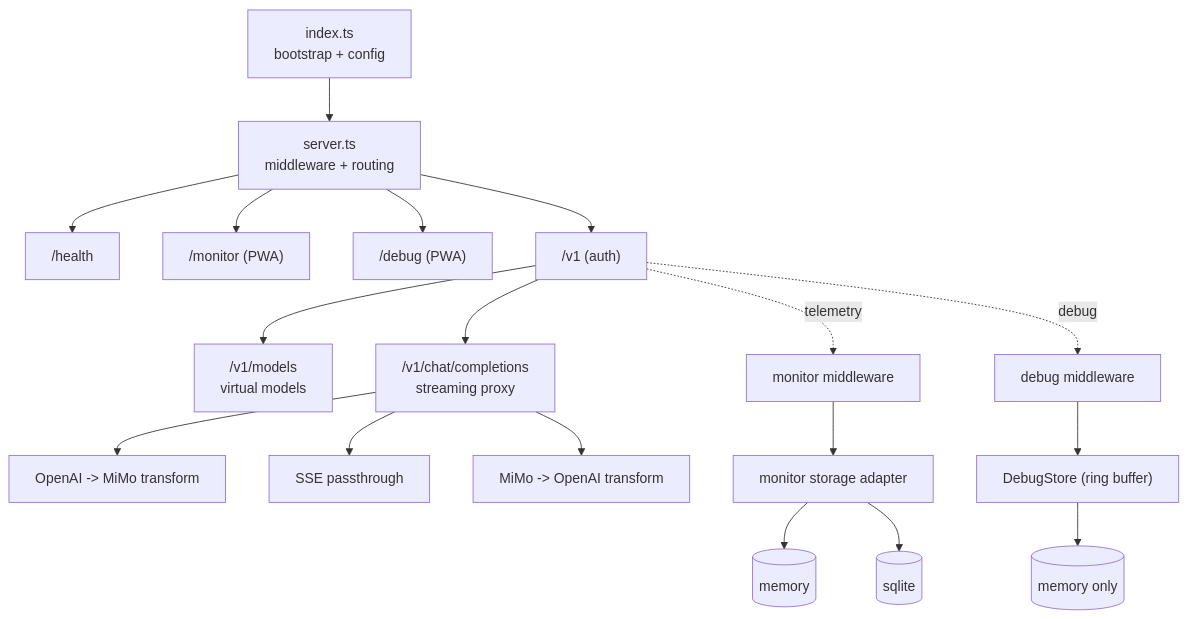
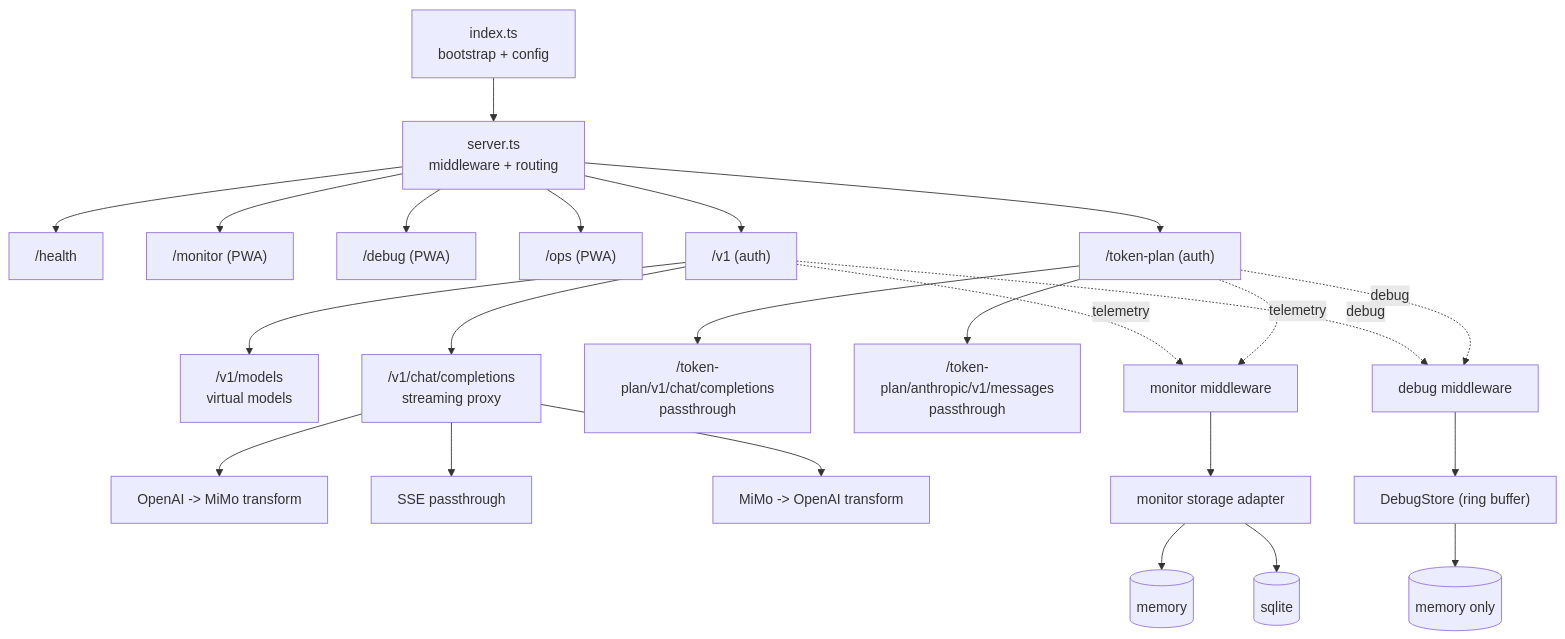
Before and after one commit to human07d0/Chimera: the diagram in ARCHITECTURE.md, drawn with Mermaid. The commit also changed other lines of this file and 10 other files, not shown here.

First line of the commit message:
refactor: integrate token-plan proxy into main app router

````diff
--- a/ARCHITECTURE.md
+++ b/ARCHITECTURE.md
@@ -16,25 +16,32 @@
 ```mermaid
 flowchart TD
     IDX["index.ts<br/>bootstrap + config"] --> SRV["server.ts<br/>middleware + routing"]
 
     SRV --> HEALTH["/health"]
     SRV --> MON["/monitor (PWA)"]
     SRV --> DBG["/debug (PWA)"]
+    SRV --> OPS["/ops (PWA)"]
     SRV --> API["/v1 (auth)"]
+    SRV --> TP["/token-plan (auth)"]
 
     API --> MODELS["/v1/models<br/>virtual models"]
     API --> CHAT["/v1/chat/completions<br/>streaming proxy"]
 
     CHAT --> REQ["OpenAI -> MiMo transform"]
     CHAT --> STRM["SSE passthrough"]
     CHAT --> RESP["MiMo -> OpenAI transform"]
 
+    TP --> TP_CHAT["/token-plan/v1/chat/completions<br/>passthrough"]
+    TP --> TP_MSG["/token-plan/anthropic/v1/messages<br/>passthrough"]
+
     API -. telemetry .-> MM["monitor middleware"]
+    TP -. telemetry .-> MM
     MM --> STORE["monitor storage adapter"]
     STORE --> MEM[("memory")]
     STORE --> SQL[("sqlite")]
 
     API -. debug .-> DM["debug middleware"]
+    TP -. debug .-> DM
     DM --> DSTORE["DebugStore (ring buffer)"]
     DSTORE --> DMEM[("memory only")]
 ```
````
